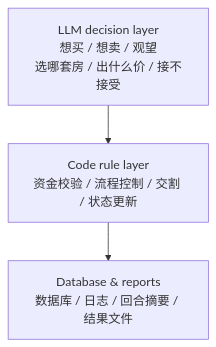
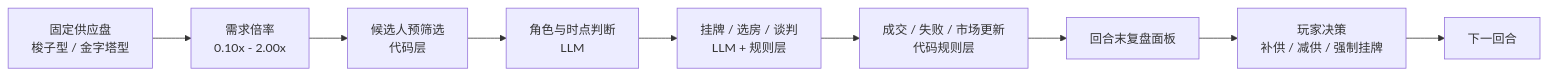
One commit to ladyya0306/AtlasMarketEngine changed the first of 3 diagrams in README.md. Above: the diagram before and after it, drawn with Mermaid. The commit also changed other lines of this file and 168 other files, not shown here.

````diff
--- a/README.md
+++ b/README.md
@@ -79,5 +57,11 @@
 ```mermaid
-flowchart TD
-    A["LLM decision layer<br/>想买 / 想卖 / 观望<br/>选哪套房 / 出什么价 / 接不接受"] --> B["Code rule layer<br/>资金校验 / 流程控制 / 交割 / 状态更新"]
-    B --> C["Database & reports<br/>数据库 / 日志 / 回合摘要 / 结果文件"]
+flowchart LR
+    A["固定供应盘<br/>梭子型 / 金字塔型"] --> B["需求倍率<br/>0.10x - 2.00x"]
+    B --> C["候选人预筛选<br/>代码层"]
+    C --> D["角色与时点判断<br/>LLM"]
+    D --> E["挂牌 / 选房 / 谈判<br/>LLM + 规则层"]
+    E --> F["成交 / 失败 / 市场更新<br/>代码规则层"]
+    F --> G["回合末复盘面板"]
+    G --> H["玩家决策<br/>补供 / 减供 / 强制挂牌"]
+    H --> I["下一回合"]
 ```
````
